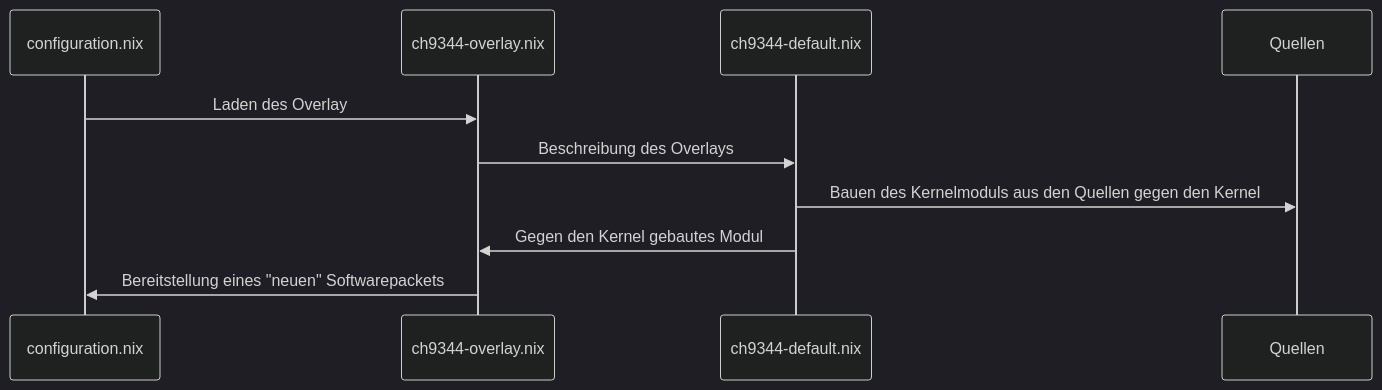
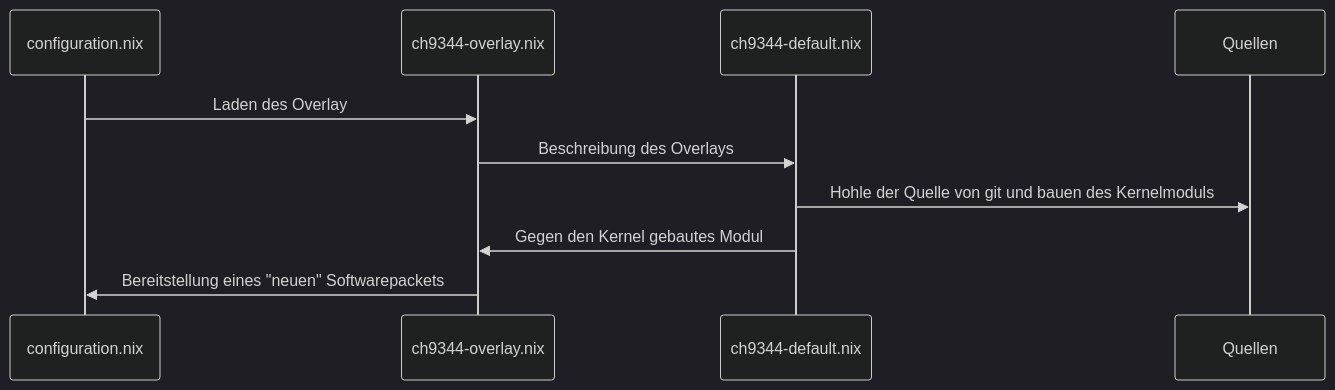
The diagram in README.md (derkaktus/nixos-ch9344), drawn with Mermaid (dark theme) before and after one commit. The commit also changed other lines of this file, not shown here.

````diff
--- a/README.md
+++ b/README.md
@@ -8,8 +8,8 @@
 ```mermaid
 sequenceDiagram
 configuration.nix ->> ch9344-overlay.nix: Laden des Overlay
 ch9344-overlay.nix ->> ch9344-default.nix: Beschreibung des Overlays
-ch9344-default.nix ->> Quellen: Bauen des Kernelmoduls aus den Quellen gegen den Kernel
+ch9344-default.nix ->> Quellen: Hohle der Quelle von git und bauen des Kernelmoduls
 ch9344-default.nix ->> ch9344-overlay.nix: Gegen den Kernel gebautes Modul
 ch9344-overlay.nix ->> configuration.nix: Bereitstellung eines "neuen" Softwarepackets
 ```
````
